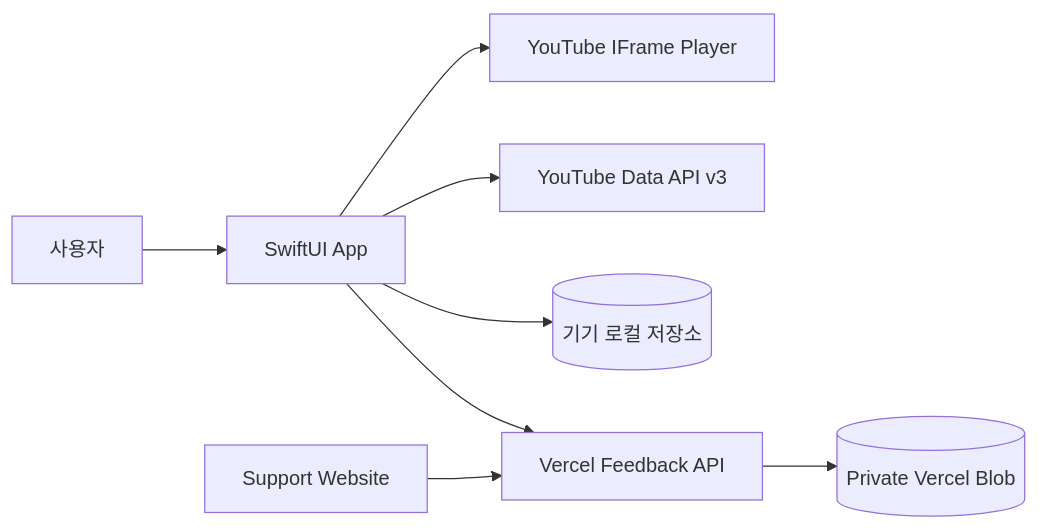
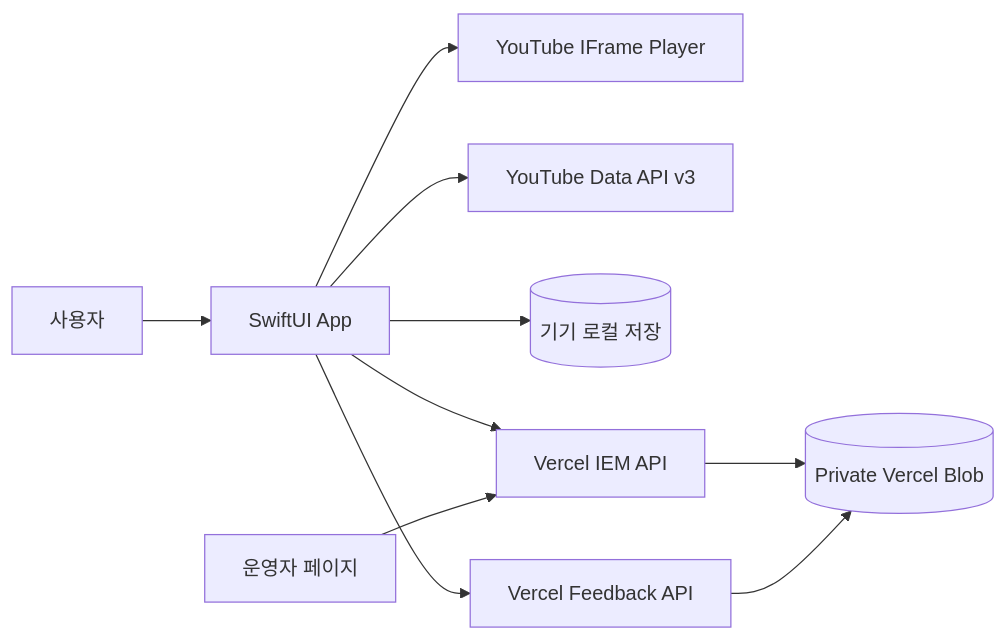
One commit to toranan/BandLoop changed the third of 3 diagrams in README.md. Above: the diagram before and after it, drawn with Mermaid. The commit also changed other lines of this file and 31 other files, not shown here.

````diff
--- a/README.md
+++ b/README.md
@@ -54,10 +95,12 @@
 ```mermaid
 flowchart LR
     U[사용자] --> A[SwiftUI App]
     A --> P[YouTube IFrame Player]
     A --> S[YouTube Data API v3]
-    A --> L[(기기 로컬 저장소)]
+    A --> L[(기기 로컬 저장)]
+    A --> I[Vercel IEM API]
     A --> F[Vercel Feedback API]
-    W[Support Website] --> F
-    F --> B[(Private Vercel Blob)]
+    M[운영자 페이지] --> I
+    I --> B[(Private Vercel Blob)]
+    F --> B
 ```
````
